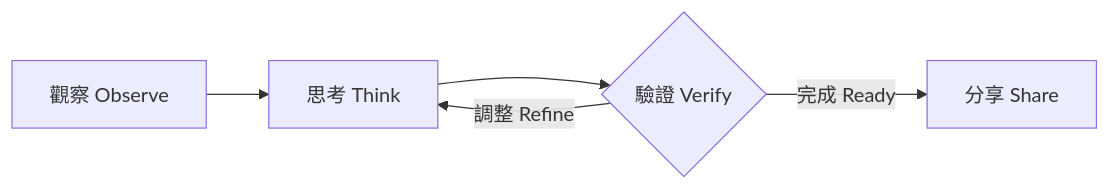
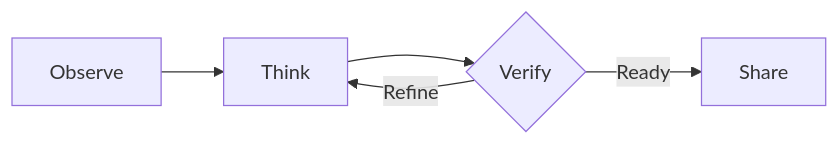
One commit to slackerchen/monokai-pro-typora changed the first of 3 diagrams in monokai-pro-specimen.md. Above: the diagram before and after it, drawn with Mermaid. The commit also changed other lines of this file and 4 other files, not shown here.

````diff
--- a/monokai-pro-specimen.md
+++ b/monokai-pro-specimen.md
@@ -131,7 +131,7 @@
 ```mermaid
 flowchart LR
-    A[觀察 Observe] --> B[思考 Think]
-    B --> C{驗證 Verify}
-    C -->|調整 Refine| B
-    C -->|完成 Ready| D[分享 Share]
+    A[Observe] --> B[Think]
+    B --> C{Verify}
+    C -->|Refine| B
+    C -->|Ready| D[Share]
 ```
````
